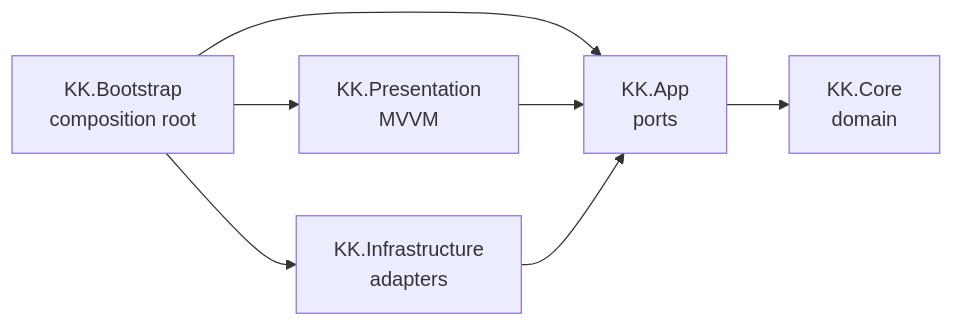
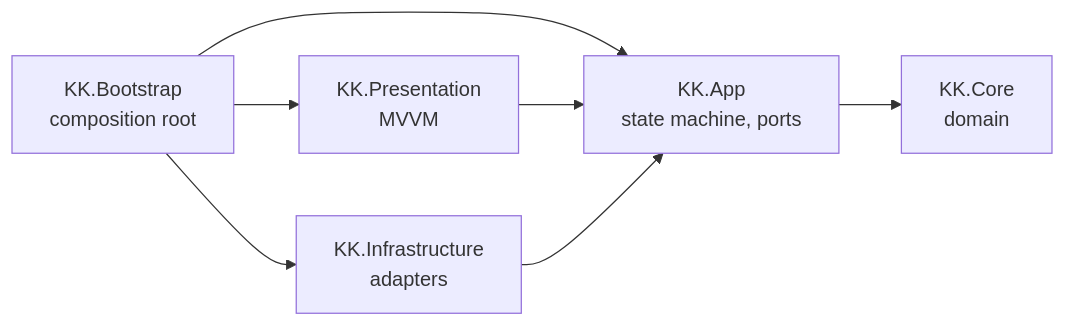
One commit to artshest/kknights-typing-game changed the first of 2 diagrams in README.md. Above: the diagram before and after it, drawn with Mermaid. The commit also changed other lines of this file and 1 other file, not shown here.

````diff
--- a/README.md
+++ b/README.md
@@ -65,15 +74,15 @@
 ```mermaid
 flowchart LR
     Bootstrap["KK.Bootstrap<br/>composition root"]
     Presentation["KK.Presentation<br/>MVVM"]
     Infrastructure["KK.Infrastructure<br/>adapters"]
-    App["KK.App<br/>ports"]
+    App["KK.App<br/>state machine, ports"]
     Core["KK.Core<br/>domain"]
 
     Bootstrap --> Presentation
     Bootstrap --> Infrastructure
     Bootstrap --> App
     Presentation --> App
     Infrastructure --> App
     App --> Core
 ```
````
